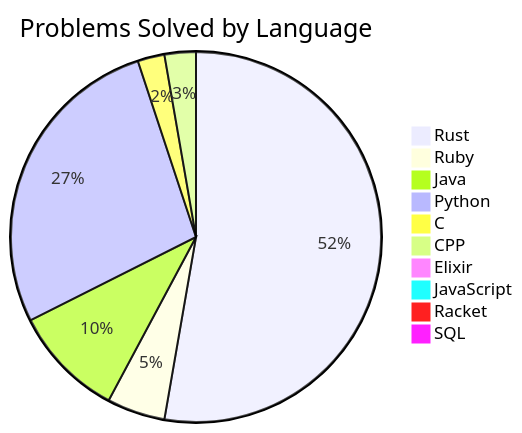
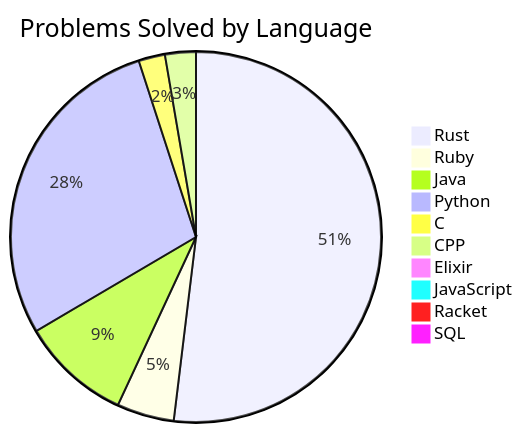
One commit to Liam-Wirth/leetcode-solutions changed the diagram in README.md. Above: the diagram before and after it, drawn with Mermaid. The commit also changed other lines of this file and 6 other files, not shown here.

````diff
--- a/README.md
+++ b/README.md
@@ -29,13 +29,13 @@
 ```mermaid
 pie title Problems Solved by Language
     "Rust": 135
     "Ruby": 13
     "Java": 25
-    "Python": 70
+    "Python": 74
     "C": 6
     "CPP": 7
     "Elixir": 1
     "JavaScript": 2
     "Racket": 1
     "SQL": 2
 ```
````
